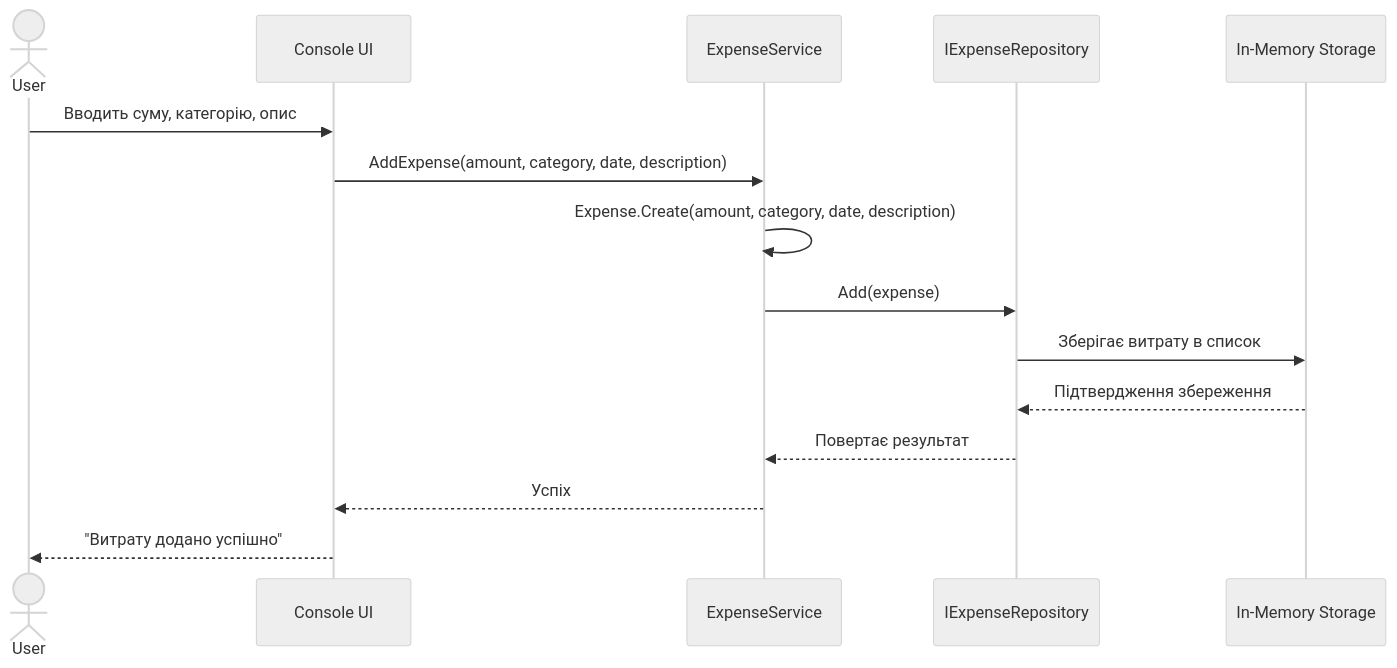
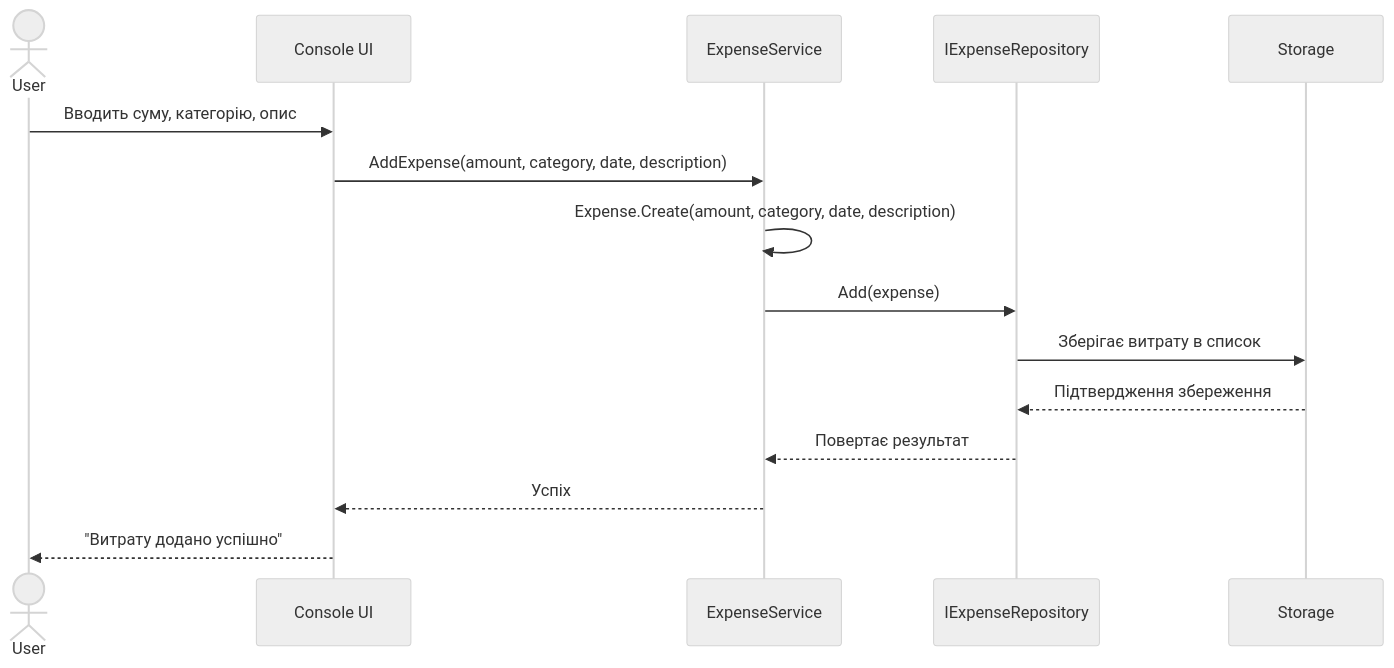
The first of 4 diagrams in docs/sequence-diagram.md (dasha024200/ExpenseTracker), drawn with Mermaid (neutral theme) before and after one commit. The commit also changed other lines of this file and 13 other files, not shown here.

````diff
--- a/docs/sequence-diagram.md
+++ b/docs/sequence-diagram.md
@@ -5,18 +5,18 @@
 ```mermaid
 sequenceDiagram
     actor User
     participant Console as Console UI
     participant Service as ExpenseService
     participant Repository as IExpenseRepository
-    participant Storage as In-Memory Storage
+    participant Storage as Storage
 
     User->>Console: Вводить суму, категорію, опис
     Console->>Service: AddExpense(amount, category, date, description)
     Service->>Service: Expense.Create(amount, category, date, description)
     Service->>Repository: Add(expense)
     Repository->>Storage: Зберігає витрату в список
     Storage-->>Repository: Підтвердження збереження
     Repository-->>Service: Повертає результат
     Service-->>Console: Успіх
     Console-->>User: "Витрату додано успішно"
 ```
````
